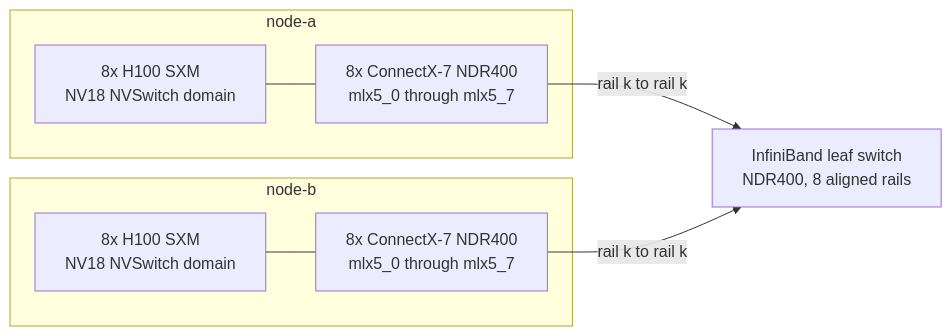
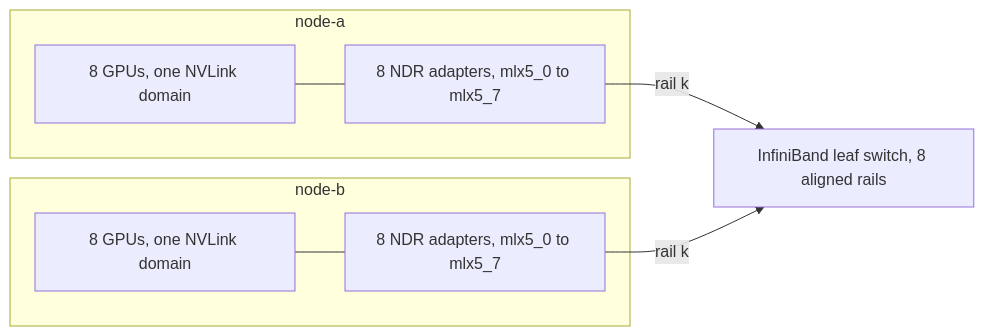
Before and after one commit to jithinpnjm/ai-infra-handbook: the second of 2 diagrams in docs/part-19-capstone/05-capstone-an-nccl-tests-fabric-lab.md, drawn with Mermaid. The commit also changed other lines of this file and 263 other files, not shown here.

````diff
--- a/docs/part-19-capstone/05-capstone-an-nccl-tests-fabric-lab.md
+++ b/docs/part-19-capstone/05-capstone-an-nccl-tests-fabric-lab.md
@@ -218,16 +206,16 @@
 ```mermaid
 flowchart LR
     subgraph A["node-a"]
-        GA["8x H100 SXM<br/>NV18 NVSwitch domain"]
-        RA["8x ConnectX-7 NDR400<br/>mlx5_0 through mlx5_7"]
+        GA["8 GPUs, one NVLink domain"]
+        RA["8 NDR adapters, mlx5_0 to mlx5_7"]
         GA --- RA
     end
     subgraph B["node-b"]
-        GB["8x H100 SXM<br/>NV18 NVSwitch domain"]
-        RB["8x ConnectX-7 NDR400<br/>mlx5_0 through mlx5_7"]
+        GB["8 GPUs, one NVLink domain"]
+        RB["8 NDR adapters, mlx5_0 to mlx5_7"]
         GB --- RB
     end
-    SW["InfiniBand leaf switch<br/>NDR400, 8 aligned rails"]
-    RA -->|rail k to rail k| SW
-    RB -->|rail k to rail k| SW
+    SW["InfiniBand leaf switch, 8 aligned rails"]
+    RA -->|"rail k"| SW
+    RB -->|"rail k"| SW
 ```
````
